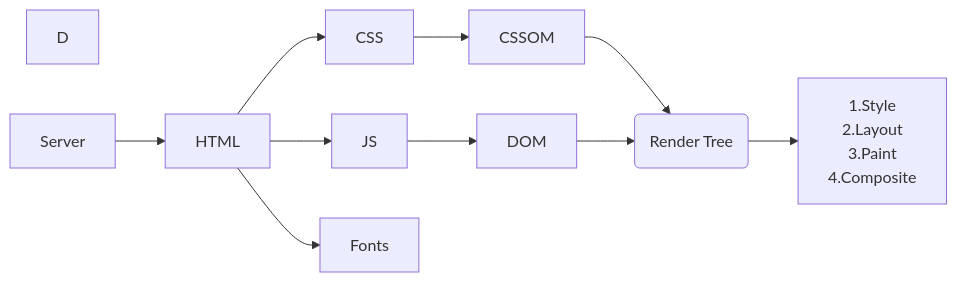
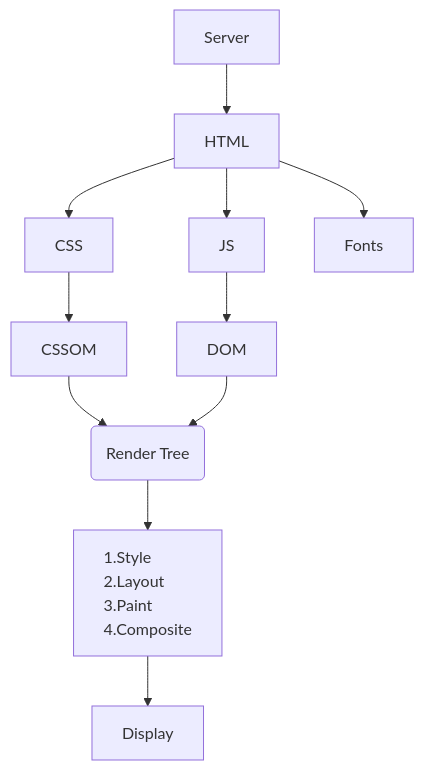
Before and after one commit to Lentanta/obsidian-vault: the diagram in notes/Rendering Path.md, drawn with Mermaid. The commit also changed other lines of this file, not shown here.

Commit message:
vault backup: 2026-05-19 16:52:08
Affected files:
notes/Rendering Path.md

````diff
--- a/notes/Rendering Path.md
+++ b/notes/Rendering Path.md
@@ -1,24 +1,25 @@
 ```mermaid
-flowchart LR
+flowchart TD
 
-style D text-align:left
+RenderTree(Render Tree)
 
-T(Render Tree)
-RenderStep["`
+style RenderSteps text-align:left
+RenderSteps["`
 	1.Style
 	2.Layout
 	3.Paint
 	4.Composite
 `"]
 
 Server --> HTML
 HTML   --> CSS --> CSSOM
 HTML   --> JS  --> DOM
 HTML   --> Fonts
 
-CSSOM  --> T
-DOM    --> T 
+CSSOM  --> RenderTree
+DOM    --> RenderTree
 
-T --> RenderStep
+RenderTree  --> RenderSteps
+RenderSteps --> Display
 
 ```
````
